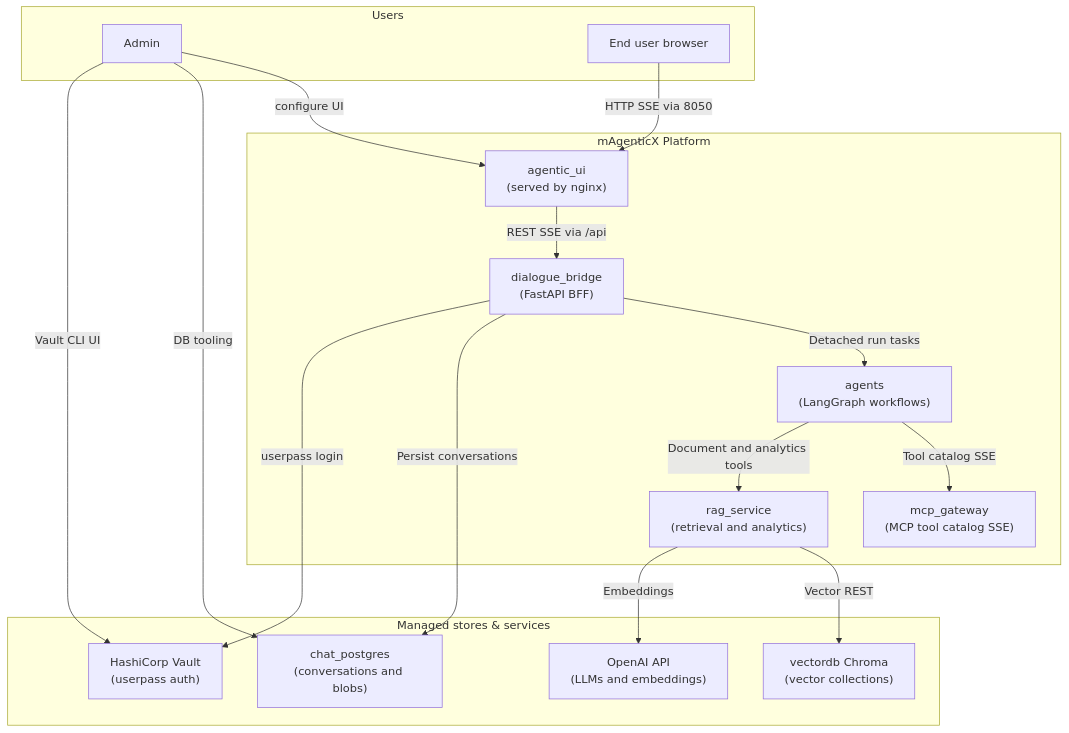
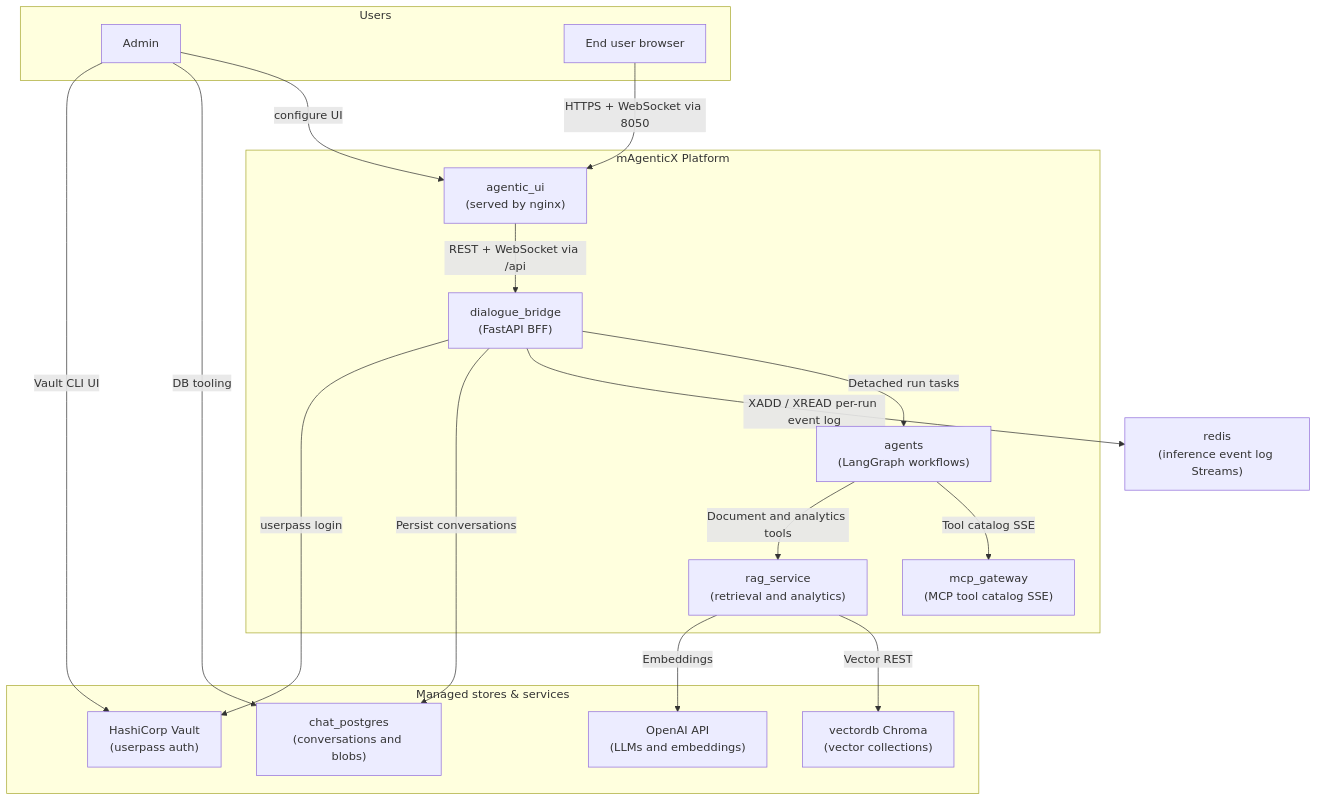
Before and after one commit to konstantinosmpouros/mAgenticX: the first of 9 diagrams in README.md, drawn with Mermaid. The commit also changed other lines of this file and 26 other files, not shown here.

Commit message:
Migrate inference streaming to WebSocket + Redis

````diff
--- a/README.md
+++ b/README.md
@@ -18,35 +18,36 @@
 ```mermaid
 flowchart TB
     subgraph Users["Users"]
         Admin["Admin"]
         Browser["End user browser"]
     end
 
     subgraph Platform["mAgenticX Platform"]
         UI["agentic_ui<br/>(served by nginx)"]
         Bridge["dialogue_bridge<br/>(FastAPI BFF)"]
         Agents["agents<br/>(LangGraph workflows)"]
         MCP["mcp_gateway<br/>(MCP tool catalog SSE)"]
         RAG["rag_service<br/>(retrieval and analytics)"]
     end
 
     subgraph Stores["Managed stores & services"]
         PG["chat_postgres<br/>(conversations and blobs)"]
         Vault["HashiCorp Vault<br/>(userpass auth)"]
         Chroma["vectordb Chroma<br/>(vector collections)"]
         OpenAI["OpenAI API<br/>(LLMs and embeddings)"]
     end
 
     Admin -->|"configure UI"| UI
-    Browser -->|"HTTP SSE via 8050"| UI
-    UI -->|"REST SSE via /api"| Bridge
+    Browser -->|"HTTPS + WebSocket via 8050"| UI
+    UI -->|"REST + WebSocket via /api"| Bridge
     Bridge -->|"Detached run tasks"| Agents
+    Bridge -->|"XADD / XREAD per-run event log"| Redis["redis<br/>(inference event log Streams)"]
     Agents -->|"Tool catalog SSE"| MCP
     Bridge -->|"Persist conversations"| PG
     Bridge -->|"userpass login"| Vault
     Agents -->|"Document and analytics tools"| RAG
     RAG -->|"Vector REST"| Chroma
     RAG -->|"Embeddings"| OpenAI
     Admin -->|"DB tooling"| PG
     Admin -->|"Vault CLI UI"| Vault
 ```
````
